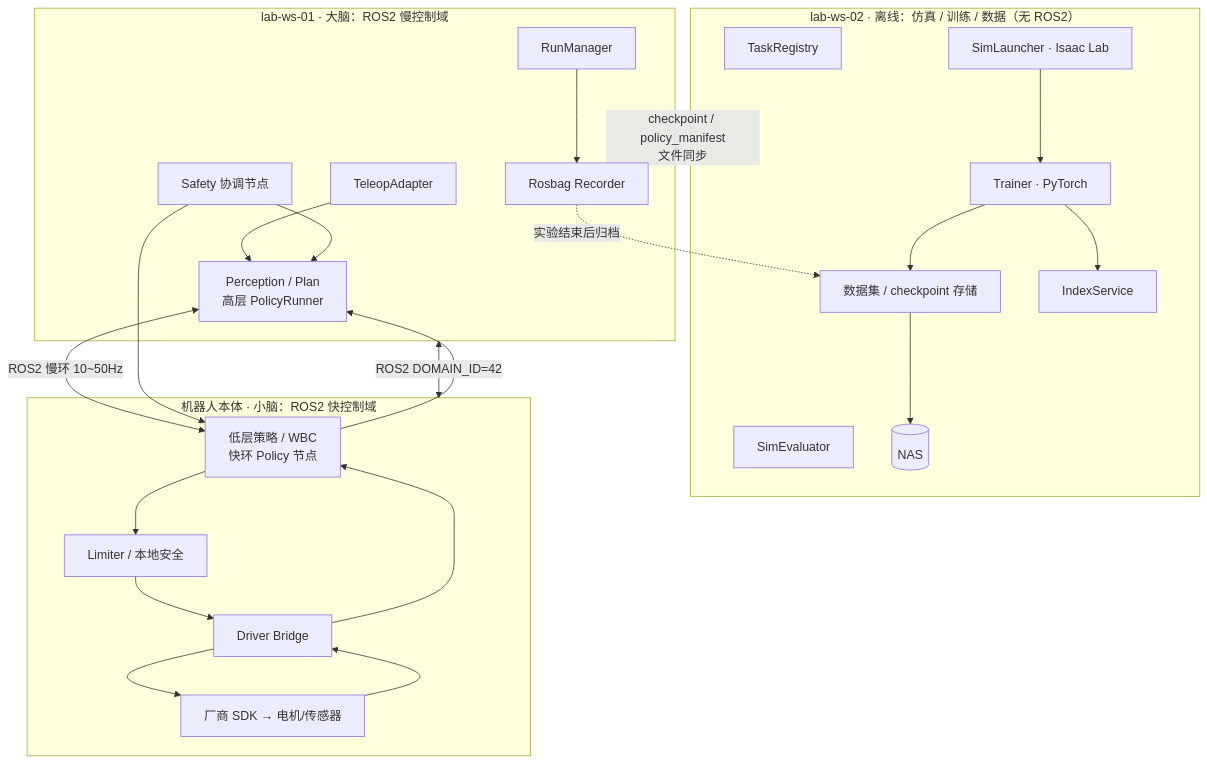
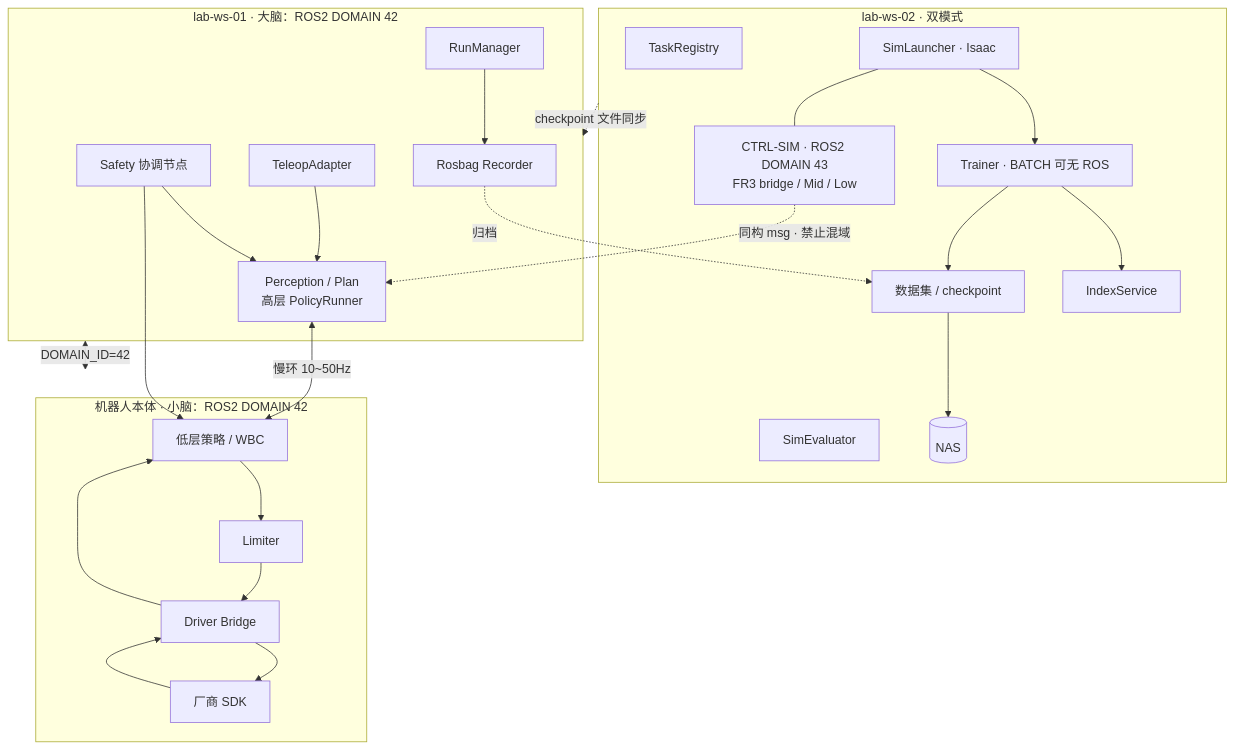
The first of 4 diagrams in docs/architecture/platform_technical_architecture_v1.md (msewindy/embodied__ai_lab), drawn with Mermaid before and after one commit. The commit also changed other lines of this file and 6 other files, not shown here.

````diff
--- a/docs/architecture/platform_technical_architecture_v1.md
+++ b/docs/architecture/platform_technical_architecture_v1.md
@@ -50,46 +53,48 @@
 ```mermaid
 graph TB
-    subgraph WS02 ["lab-ws-02 · 离线：仿真 / 训练 / 数据（无 ROS2）"]
+    subgraph WS02 ["lab-ws-02 · 双模式"]
         F1[TaskRegistry]
-        F2[SimLauncher · Isaac Lab]
-        F3[Trainer · PyTorch]
+        F2[SimLauncher · Isaac]
+        F3[Trainer · BATCH 可无 ROS]
         F4[SimEvaluator]
-        F7D[数据集 / checkpoint 存储]
+        F7D[数据集 / checkpoint]
         F7I[IndexService]
+        CS[CTRL-SIM · ROS2 DOMAIN 43<br>FR3 bridge / Mid / Low]
         NAS[(NAS)]
     end
 
-    subgraph WS01 ["lab-ws-01 · 大脑：ROS2 慢控制域"]
+    subgraph WS01 ["lab-ws-01 · 大脑：ROS2 DOMAIN 42"]
         F5[TeleopAdapter]
         F6B[Perception / Plan<br>高层 PolicyRunner]
         F6S[Safety 协调节点]
         F7R[RunManager]
         F7Rec[Rosbag Recorder]
     end
 
-    subgraph Robot ["机器人本体 · 小脑：ROS2 快控制域"]
-        F6C[低层策略 / WBC<br>快环 Policy 节点]
-        LIM[Limiter / 本地安全]
+    subgraph Robot ["机器人本体 · 小脑：ROS2 DOMAIN 42"]
+        F6C[低层策略 / WBC]
+        LIM[Limiter]
         DB[Driver Bridge]
-        HW[厂商 SDK → 电机/传感器]
+        HW[厂商 SDK]
     end
 
     F2 --> F3
     F3 --> F7D
     F3 --> F7I
     F7D --> NAS
+    F2 --- CS
 
-    WS02 -.->|checkpoint / policy_manifest<br>文件同步| WS01
+    WS02 -.->|checkpoint 文件同步| WS01
 
     F7R --> F7Rec
     F5 --> F6B
-    F6B <-->|ROS2 慢环 10~50Hz| F6C
+    F6B <-->|慢环 10~50Hz| F6C
     F6C --> LIM --> DB --> HW
     HW --> DB --> F6C
-    F6C --> F6B
     F6S --> F6C
     F6S --> F6B
-    F7Rec -.->|实验结束后归档| F7D
+    F7Rec -.->|归档| F7D
 
-    WS01 <-->|ROS2 DOMAIN_ID=42| Robot
+    WS01 <-->|DOMAIN_ID=42| Robot
+    CS -.->|同构 msg · 禁止混域| F6B
 ```
````
